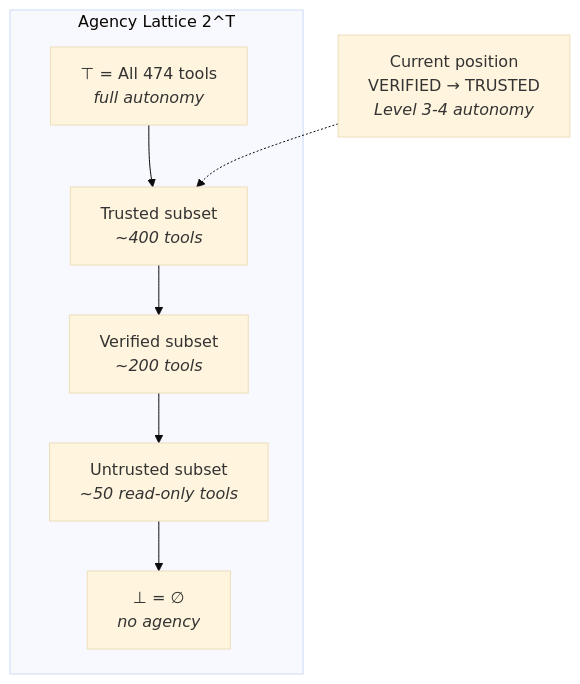
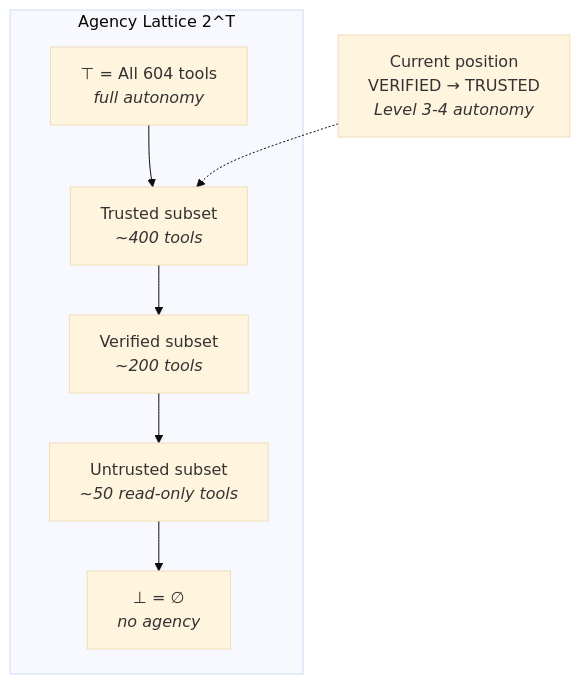
Before and after one commit to docxology/codomyrmex: the second of 3 diagrams in docs/agi/tool_use_and_agency.md, drawn with Mermaid (base theme). The commit also changed other lines of this file and 91 other files, not shown here.

````diff
--- a/docs/agi/tool_use_and_agency.md
+++ b/docs/agi/tool_use_and_agency.md
@@ -90,15 +90,15 @@
 ```mermaid
 graph TD
     subgraph LATTICE["Agency Lattice 2^T"]
-        TOP["⊤ = All 474 tools<br/><i>full autonomy</i>"]
+        TOP["⊤ = All 604 tools<br/><i>full autonomy</i>"]
         TRUSTED["Trusted subset<br/><i>~400 tools</i>"]
         VERIFIED["Verified subset<br/><i>~200 tools</i>"]
         UNTRUSTED["Untrusted subset<br/><i>~50 read-only tools</i>"]
         BOT["⊥ = ∅<br/><i>no agency</i>"]
     end
 
     TOP --> TRUSTED --> VERIFIED --> UNTRUSTED --> BOT
 
     CDM["Current position<br/>VERIFIED → TRUSTED<br/><i>Level 3-4 autonomy</i>"]
     CDM -.-> TRUSTED
 ```
````
